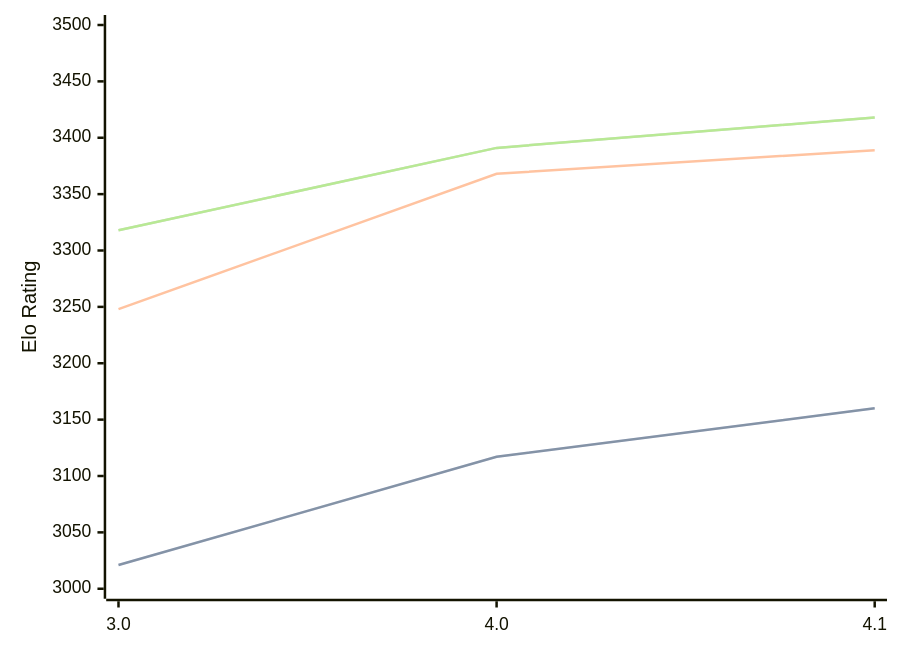
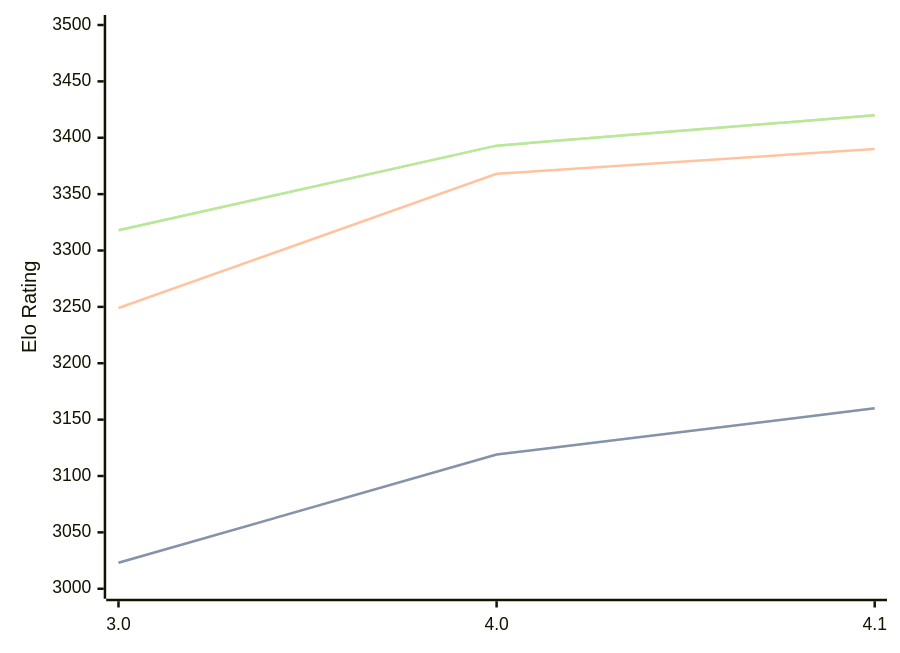
Before and after one commit to computer-chess-index/cci: the diagram in engines/Eleanor.md, drawn with Mermaid. The commit also changed other lines of this file, not shown here.

Commit message:
Update CCI Ratings (ELO VLTC) - 2026-08-21

````diff
--- a/engines/Eleanor.md
+++ b/engines/Eleanor.md
@@ -33,11 +33,11 @@
 ```mermaid
 %%{init: {"theme":"base","themeVariables":{"seriesColors:['#a3a3a3','#222221','#faa371']}}}%%
 xychart-beta
   x-axis ["3.0", "4.0", "4.1"]
   y-axis "Elo Rating" 3000 --> 3500
-  line "STC (8.0+0.08s)" [3021, 3117, 3160]
-  line "STC (8.0+0.08s)" [3021, 3117, 3160]
-  line "LTC (60.0+0.60s)" [3248, 3368, 3389]
-  line "VLTC (2m24s+1.12s)" [3318, 3391, 3418]
-  line "VLTC (2m24s+1.12s)" [3318, 3391, 3418]
+  line "STC (8.0+0.08s)" [3023, 3119, 3160]
+  line "STC (8.0+0.08s)" [3023, 3119, 3160]
+  line "LTC (60.0+0.60s)" [3249, 3368, 3390]
+  line "VLTC (2m24s+1.12s)" [3318, 3393, 3420]
+  line "VLTC (2m24s+1.12s)" [3318, 3393, 3420]
 ```
````
